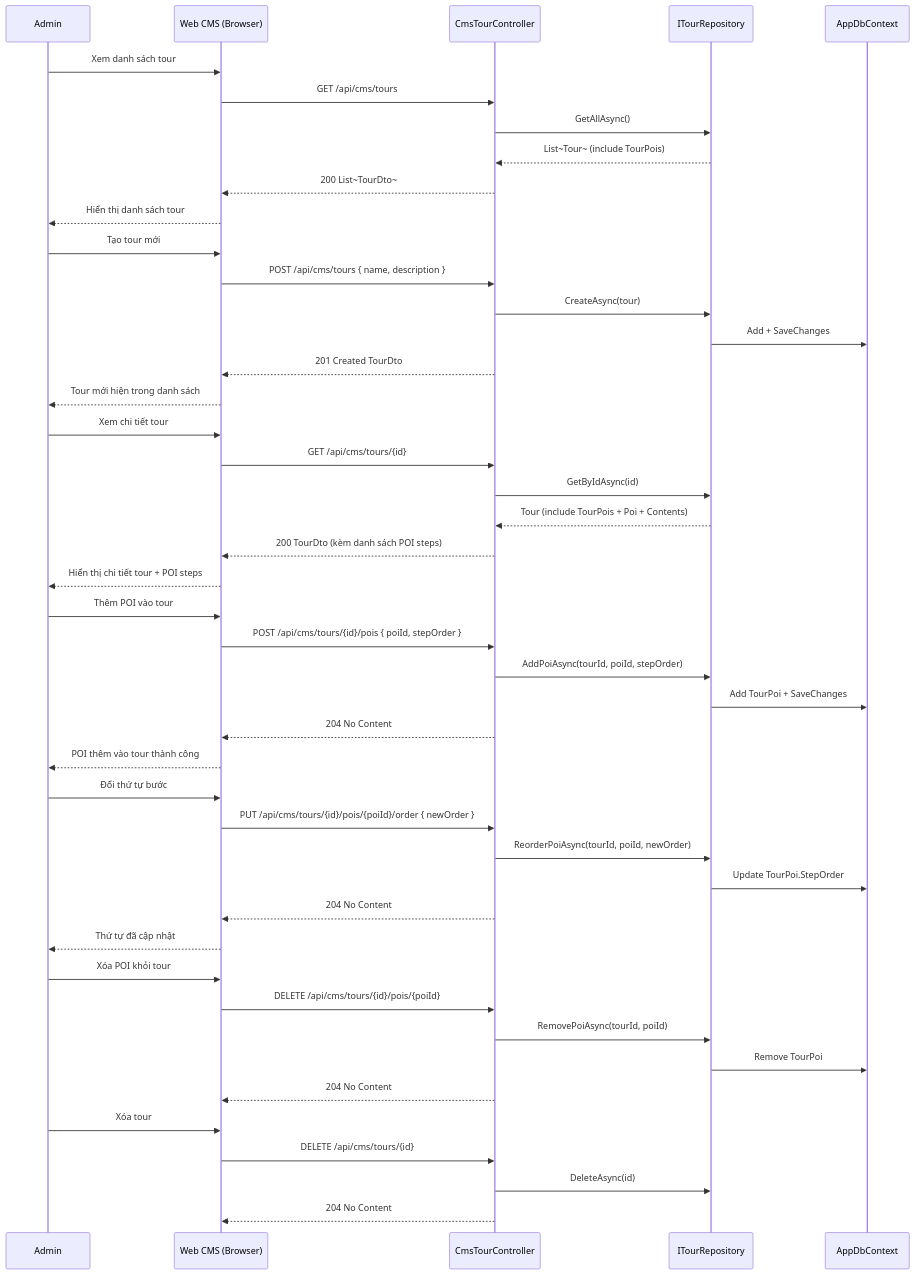
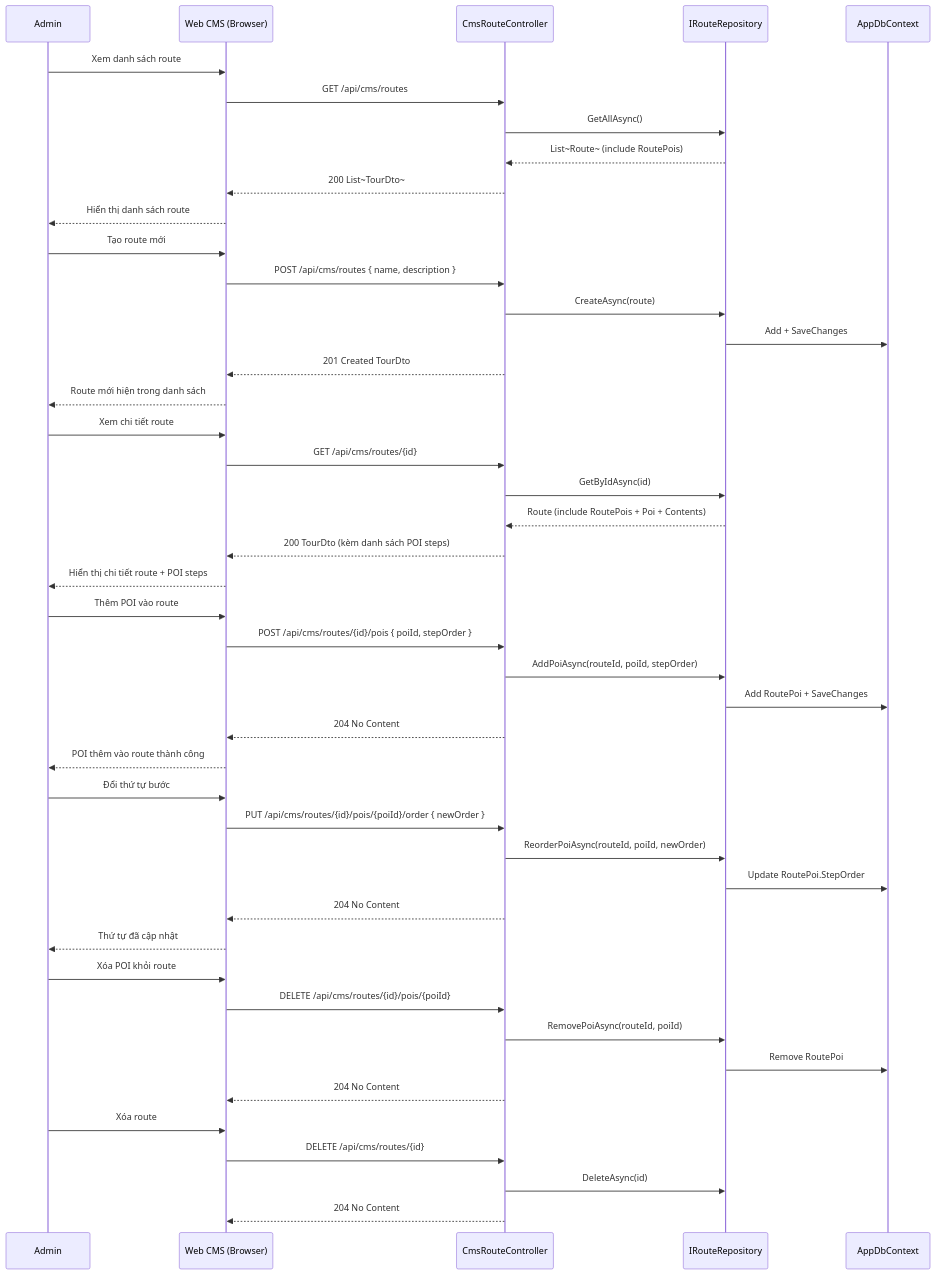
Before and after one commit to AudioGo-Project/AudioGo: diagram 27 of 46 in PRD.md, drawn with Mermaid. The commit also changed other lines of this file, not shown here.

Commit message:
docs: Split Mobile sequence diagrams by UC and add POI priority logic in Geofence sequence

````diff
--- a/PRD.md
+++ b/PRD.md
@@ -2197,54 +1483,54 @@
 ```mermaid
 sequenceDiagram
     participant Admin
     participant CMS as Web CMS (Browser)
-    participant TourCtrl as CmsTourController
-    participant Repo as ITourRepository
+    participant RouteCtrl as CmsRouteController
+    participant Repo as IRouteRepository
     participant DB as AppDbContext
 
-    Admin ->> CMS: Xem danh sách tour
-    CMS ->> TourCtrl: GET /api/cms/tours
-    TourCtrl ->> Repo: GetAllAsync()
-    Repo -->> TourCtrl: List~Tour~ (include TourPois)
-    TourCtrl -->> CMS: 200 List~TourDto~
-    CMS -->> Admin: Hiển thị danh sách tour
+    Admin ->> CMS: Xem danh sách route
+    CMS ->> RouteCtrl: GET /api/cms/routes
+    RouteCtrl ->> Repo: GetAllAsync()
+    Repo -->> RouteCtrl: List~Route~ (include RoutePois)
+    RouteCtrl -->> CMS: 200 List~TourDto~
+    CMS -->> Admin: Hiển thị danh sách route
 
-    Admin ->> CMS: Tạo tour mới
-    CMS ->> TourCtrl: POST /api/cms/tours { name, description }
-    TourCtrl ->> Repo: CreateAsync(tour)
+    Admin ->> CMS: Tạo route mới
+    CMS ->> RouteCtrl: POST /api/cms/routes { name, description }
+    RouteCtrl ->> Repo: CreateAsync(route)
     Repo ->> DB: Add + SaveChanges
-    TourCtrl -->> CMS: 201 Created TourDto
-    CMS -->> Admin: Tour mới hiện trong danh sách
+    RouteCtrl -->> CMS: 201 Created TourDto
+    CMS -->> Admin: Route mới hiện trong danh sách
 
-    Admin ->> CMS: Xem chi tiết tour
-    CMS ->> TourCtrl: GET /api/cms/tours/{id}
-    TourCtrl ->> Repo: GetByIdAsync(id)
-    Repo -->> TourCtrl: Tour (include TourPois + Poi + Contents)
-    TourCtrl -->> CMS: 200 TourDto (kèm danh sách POI steps)
-    CMS -->> Admin: Hiển thị chi tiết tour + POI steps
+    Admin ->> CMS: Xem chi tiết route
+    CMS ->> RouteCtrl: GET /api/cms/routes/{id}
+    RouteCtrl ->> Repo: GetByIdAsync(id)
+    Repo -->> RouteCtrl: Route (include RoutePois + Poi + Contents)
+    RouteCtrl -->> CMS: 200 TourDto (kèm danh sách POI steps)
+    CMS -->> Admin: Hiển thị chi tiết route + POI steps
 
-    Admin ->> CMS: Thêm POI vào tour
-    CMS ->> TourCtrl: POST /api/cms/tours/{id}/pois { poiId, stepOrder }
-    TourCtrl ->> Repo: AddPoiAsync(tourId, poiId, stepOrder)
-    Repo ->> DB: Add TourPoi + SaveChanges
-    TourCtrl -->> CMS: 204 No Content
-    CMS -->> Admin: POI thêm vào tour thành công
+    Admin ->> CMS: Thêm POI vào route
+    CMS ->> RouteCtrl: POST /api/cms/routes/{id}/pois { poiId, stepOrder }
+    RouteCtrl ->> Repo: AddPoiAsync(routeId, poiId, stepOrder)
+    Repo ->> DB: Add RoutePoi + SaveChanges
+    RouteCtrl -->> CMS: 204 No Content
+    CMS -->> Admin: POI thêm vào route thành công
 
     Admin ->> CMS: Đổi thứ tự bước
-    CMS ->> TourCtrl: PUT /api/cms/tours/{id}/pois/{poiId}/order { newOrder }
-    TourCtrl ->> Repo: ReorderPoiAsync(tourId, poiId, newOrder)
-    Repo ->> DB: Update TourPoi.StepOrder
-    TourCtrl -->> CMS: 204 No Content
+    CMS ->> RouteCtrl: PUT /api/cms/routes/{id}/pois/{poiId}/order { newOrder }
+    RouteCtrl ->> Repo: ReorderPoiAsync(routeId, poiId, newOrder)
+    Repo ->> DB: Update RoutePoi.StepOrder
+    RouteCtrl -->> CMS: 204 No Content
     CMS -->> Admin: Thứ tự đã cập nhật
 
-    Admin ->> CMS: Xóa POI khỏi tour
-    CMS ->> TourCtrl: DELETE /api/cms/tours/{id}/pois/{poiId}
-    TourCtrl ->> Repo: RemovePoiAsync(tourId, poiId)
-    Repo ->> DB: Remove TourPoi
-    TourCtrl -->> CMS: 204 No Content
+    Admin ->> CMS: Xóa POI khỏi route
+    CMS ->> RouteCtrl: DELETE /api/cms/routes/{id}/pois/{poiId}
+    RouteCtrl ->> Repo: RemovePoiAsync(routeId, poiId)
+    Repo ->> DB: Remove RoutePoi
+    RouteCtrl -->> CMS: 204 No Content
 
-    Admin ->> CMS: Xóa tour
-    CMS ->> TourCtrl: DELETE /api/cms/tours/{id}
-    TourCtrl ->> Repo: DeleteAsync(id)
-    TourCtrl -->> CMS: 204 No Content
+    Admin ->> CMS: Xóa route
+    CMS ->> RouteCtrl: DELETE /api/cms/routes/{id}
+    RouteCtrl ->> Repo: DeleteAsync(id)
+    RouteCtrl -->> CMS: 204 No Content
 ```
````
